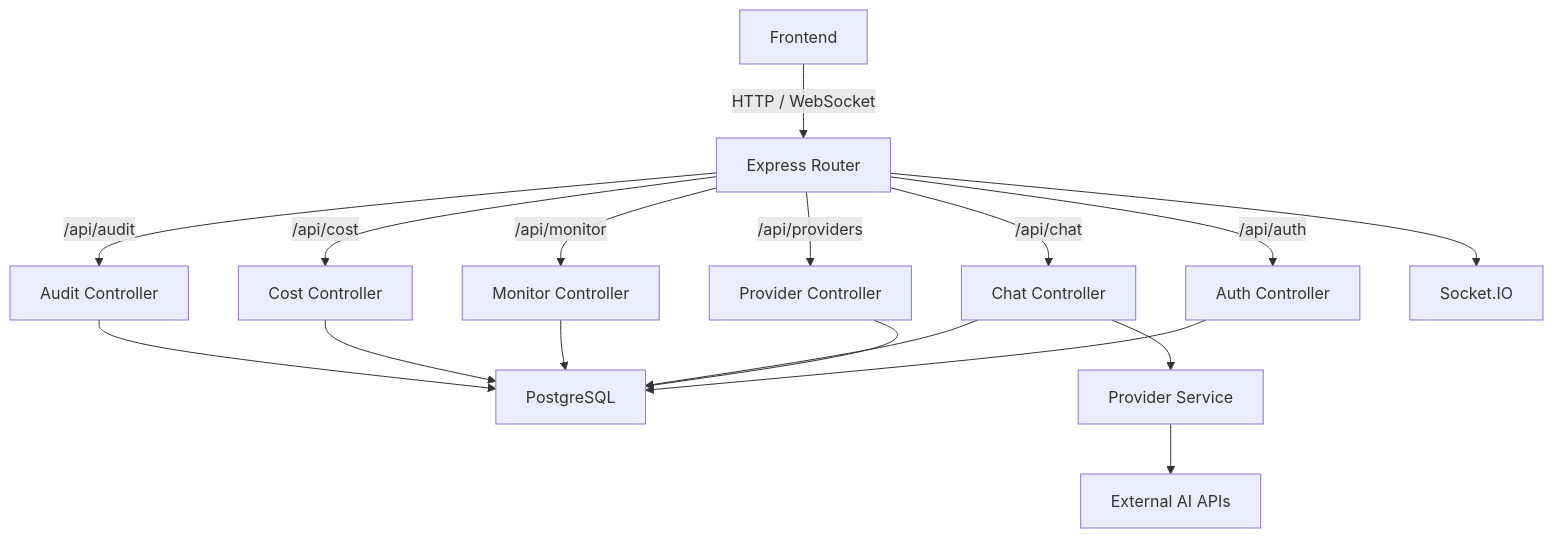
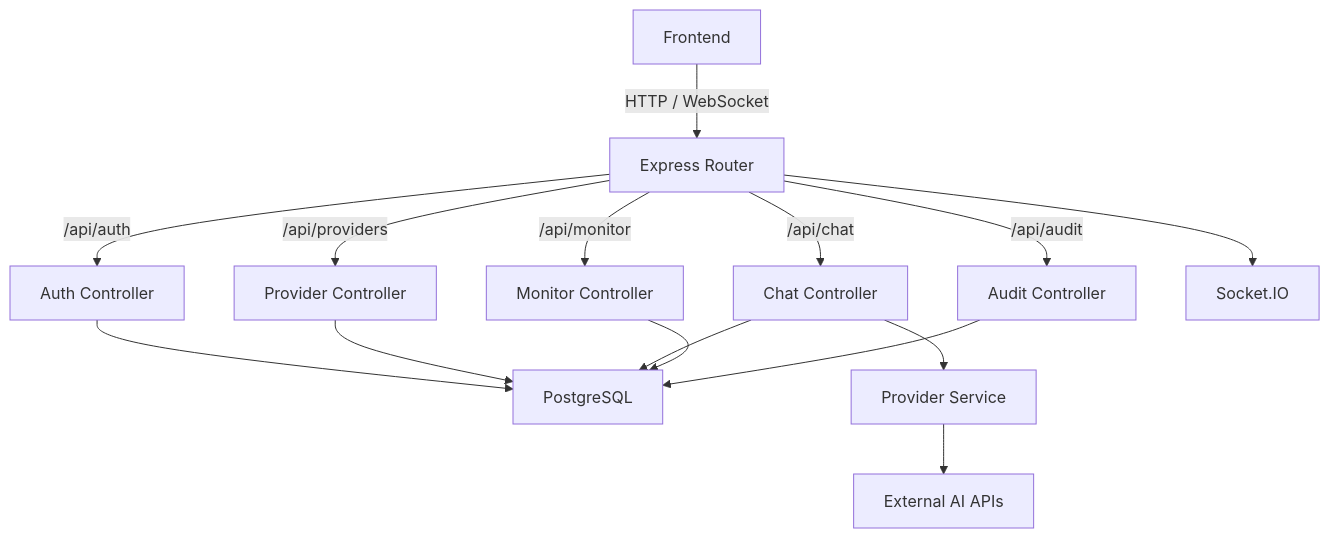
The second of 2 diagrams in .trae/documents/arch.md (366522695qqcom/silver-telegram), drawn with Mermaid before and after one commit. The commit also changed other lines of this file and 1 other file, not shown here.

Commit message:
feat: AI API 聚合调用方案

````diff
--- a/.trae/documents/arch.md
+++ b/.trae/documents/arch.md
@@ -105,22 +115,20 @@
 ```mermaid
 graph TD
     A[Frontend] -->|HTTP / WebSocket| B[Express Router]
     B -->|/api/auth| C[Auth Controller]
     B -->|/api/providers| D[Provider Controller]
     B -->|/api/chat| E[Chat Controller]
     B -->|/api/monitor| F[Monitor Controller]
-    B -->|/api/cost| G[Cost Controller]
     B -->|/api/audit| H[Audit Controller]
     
     C --> I[PostgreSQL]
     D --> I
     E --> I
     F --> I
-    G --> I
     H --> I
     
     E --> J[Provider Service]
     J --> K[External AI APIs]
     
     B --> L[Socket.IO]
 ```
````
